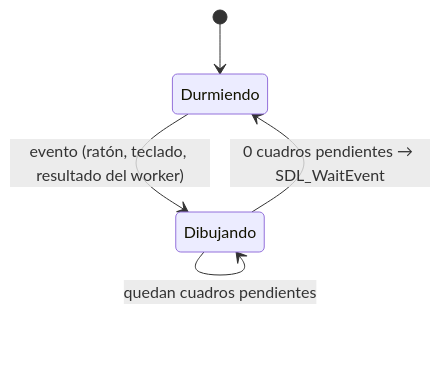
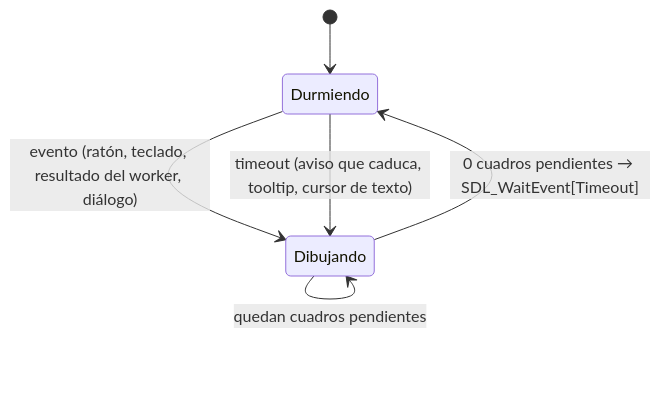
Before and after one commit to Superbaay/pdf-lite: the third of 4 diagrams in docs/ARCHITECTURE.md, drawn with Mermaid. The commit also changed other lines of this file and 7 other files, not shown here.

````diff
--- a/docs/ARCHITECTURE.md
+++ b/docs/ARCHITECTURE.md
@@ -59,7 +68,8 @@
 ```mermaid
 stateDiagram-v2
     [*] --> Durmiendo
-    Durmiendo --> Dibujando: evento (ratón, teclado, resultado del worker)
+    Durmiendo --> Dibujando: evento (ratón, teclado, resultado del worker, diálogo)
+    Durmiendo --> Dibujando: timeout (aviso que caduca, tooltip, cursor de texto)
     Dibujando --> Dibujando: quedan cuadros pendientes
-    Dibujando --> Durmiendo: 0 cuadros pendientes → SDL_WaitEvent
+    Dibujando --> Durmiendo: 0 cuadros pendientes → SDL_WaitEvent[Timeout]
 ```
````
